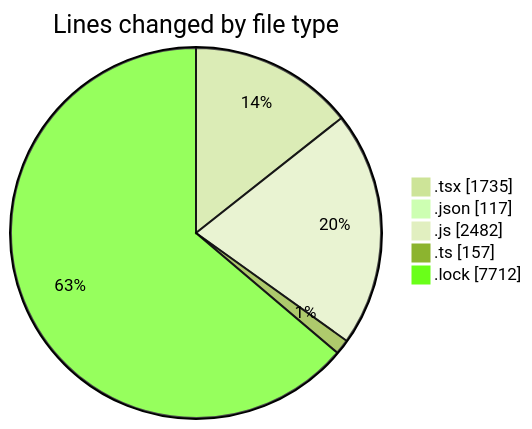
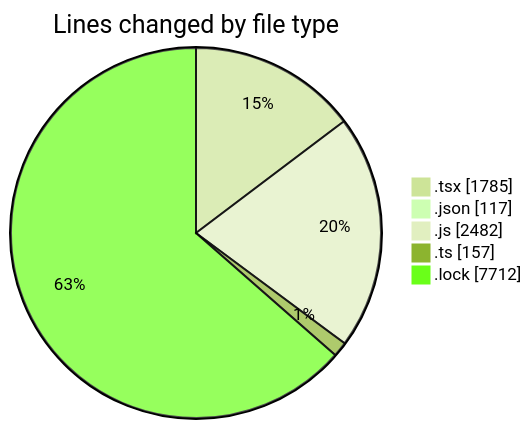
One commit to momahboobian/code-tracking changed the first of 2 diagrams in 2025-04-28/cda/README.md. Above: the diagram before and after it, drawn with Mermaid (forest theme). The commit also changed other lines of this file and 1 other file, not shown here.

````diff
--- a/2025-04-28/cda/README.md
+++ b/2025-04-28/cda/README.md
@@ -33,9 +33,9 @@
 ```mermaid
 pie showData
 title Lines changed by file type
-".tsx" : 1735
+".tsx" : 1785
 ".json" : 117
 ".js" : 2482
 ".ts" : 157
 ".lock" : 7712
 ```
````
